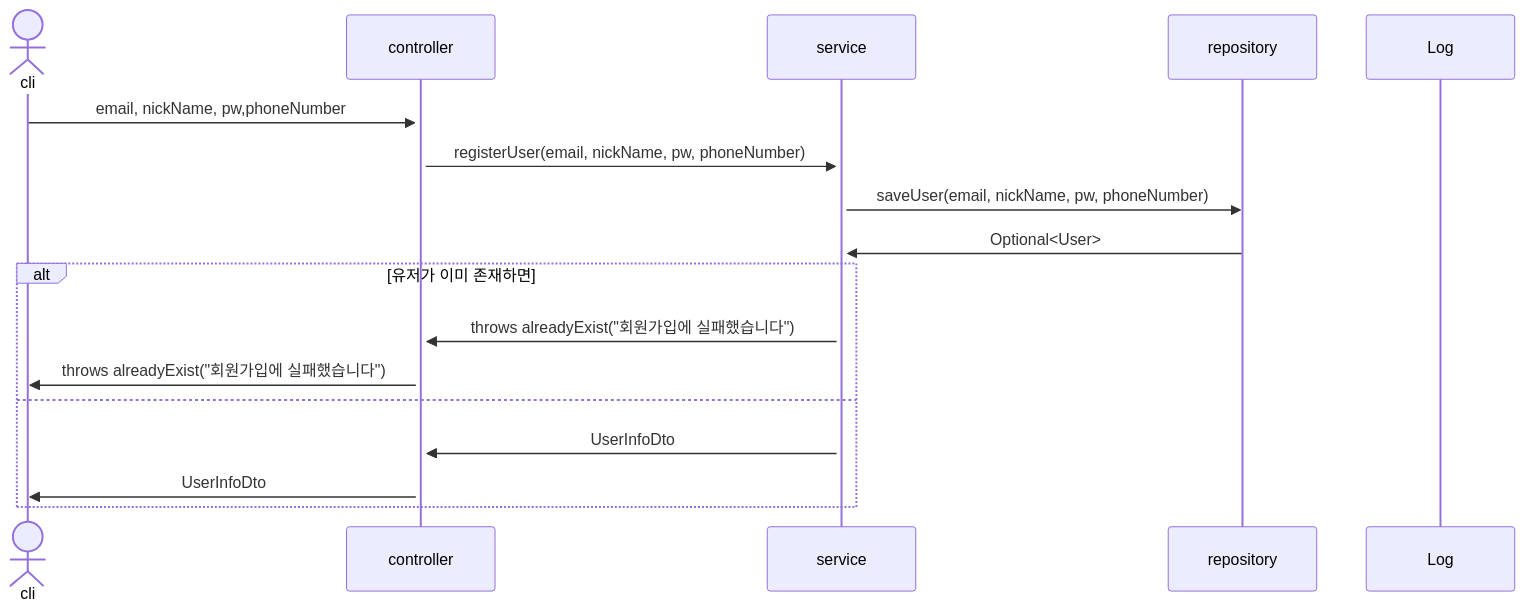
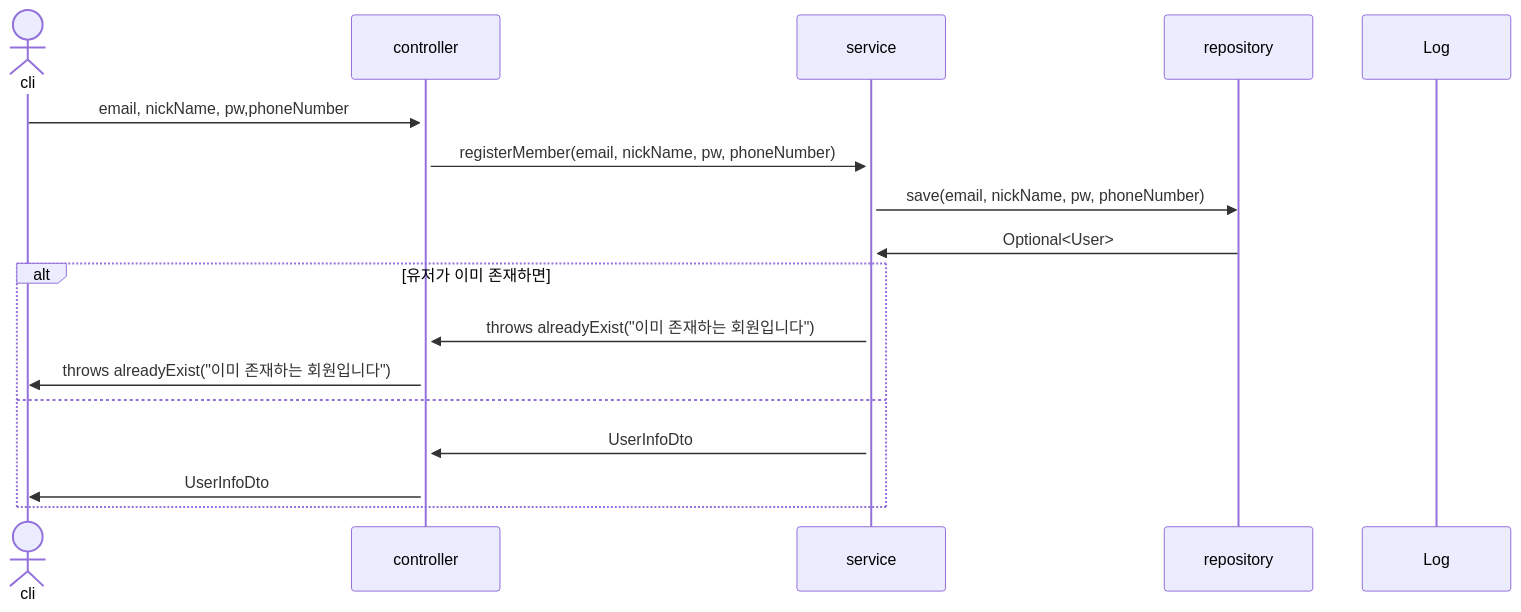
Before and after one commit to mtak0235/snsX: the third of 26 diagrams in sequence.md, drawn with Mermaid. The commit also changed 9 other files, not shown here.

````diff
--- a/sequence.md
+++ b/sequence.md
@@ -43,21 +43,21 @@
 ```mermaid
 sequenceDiagram
 actor cli
 participant c as controller
 participant s as service
 participant r as repository
 participant l as Log
 
 cli->>+c: email, nickName, pw,phoneNumber
-c->>+s: registerUser(email, nickName, pw, phoneNumber)
-s->>r: saveUser(email, nickName, pw, phoneNumber)
+c->>+s: registerMember(email, nickName, pw, phoneNumber)
+s->>r: save(email, nickName, pw, phoneNumber)
 r->>s: Optional<User>
 alt 유저가 이미 존재하면
-s->>c: throws alreadyExist("회원가입에 실패했습니다")
-c->>cli: throws alreadyExist("회원가입에 실패했습니다")
+s->>c: throws alreadyExist("이미 존재하는 회원입니다")
+c->>cli: throws alreadyExist("이미 존재하는 회원입니다")
 else
 s->>c: UserInfoDto
 c->>cli: UserInfoDto
 end
 
 ```
````
